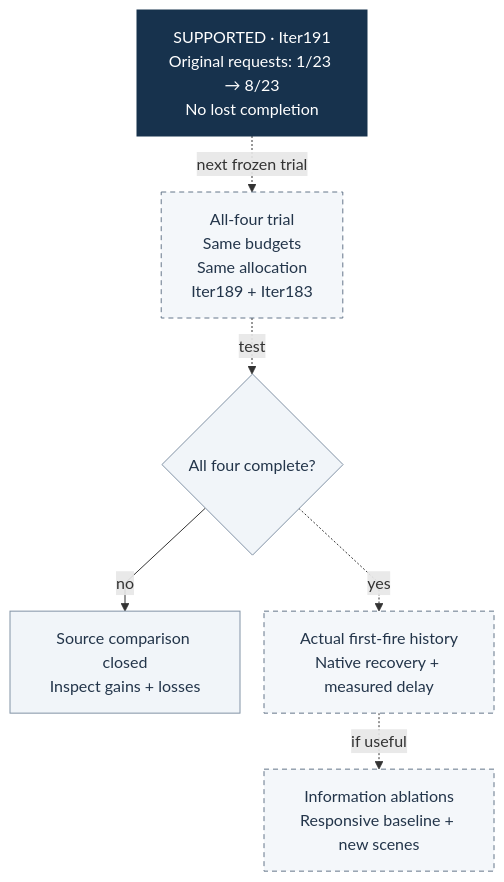
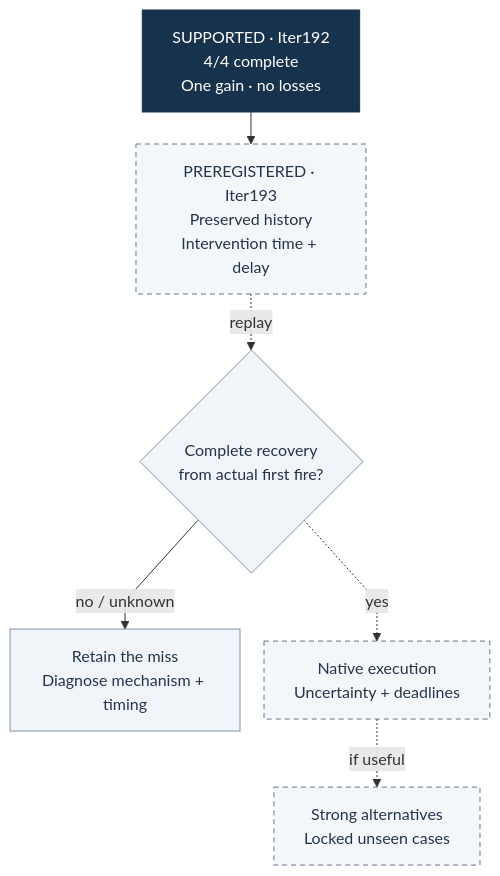
The fourth of 4 diagrams in README.md (manfromnowhere143/sentinel), drawn with Mermaid before and after one commit. The commit also changed other lines of this file and 14 other files, not shown here.

Commit message:
Close Iter192 record and continue preserved-history qualification

````diff
--- a/README.md
+++ b/README.md
@@ -1380,24 +1405,24 @@
 ```mermaid
 ---
 config:
   flowchart:
     curve: linear
     nodeSpacing: 24
     wrappingWidth: 170
     rankSpacing: 32
 ---
 flowchart TB
-  accTitle: Qualified proposal and remaining intervention gates
-  accDescr: Connector gains motivate a new integrated trial; actual-history recovery remains open.
-  A["SUPPORTED · Iter191<br/>Original requests: 1/23 → 8/23<br/>No lost completion"]
-  A -. "next frozen trial" .-> T["All-four trial<br/>Same budgets<br/>Same allocation<br/>Iter189 + Iter183"]
-  T -. "test" .-> G{"All four complete?"}
-  G -- "no" --> F["Source comparison closed<br/>Inspect gains + losses"]
-  G -. "yes" .-> H["Actual first-fire history<br/>Native recovery + measured delay"]
-  H -. "if useful" .-> I["Information ablations<br/>Responsive baseline + new scenes"]
+  accTitle: Integrated qualification and remaining intervention gates
+  accDescr: Four exposed cases pass; preserved-history recovery and online execution remain open.
+  A["SUPPORTED · Iter192<br/>4/4 complete<br/>One gain · no losses"]
+  A --> H["PREREGISTERED · Iter193<br/>Preserved history<br/>Intervention time + delay"]
+  H -. "replay" .-> G{"Complete recovery<br/>from actual first fire?"}
+  G -- "no / unknown" --> F["Retain the miss<br/>Diagnose mechanism + timing"]
+  G -. "yes" .-> N["Native execution<br/>Uncertainty + deadlines"]
+  N -. "if useful" .-> I["Strong alternatives<br/>Locked unseen cases"]
   classDef default fill:#f1f5f9,stroke:#8293a6,color:#23354a;
   classDef focus fill:#17324d,stroke:#17324d,color:#fff;
   classDef proposed fill:#f4f7fa,stroke:#65768a,color:#23354a,stroke-dasharray:5 4;
   class A focus;
-  class T,H,I proposed;
+  class H,N,I proposed;
 ```
````
